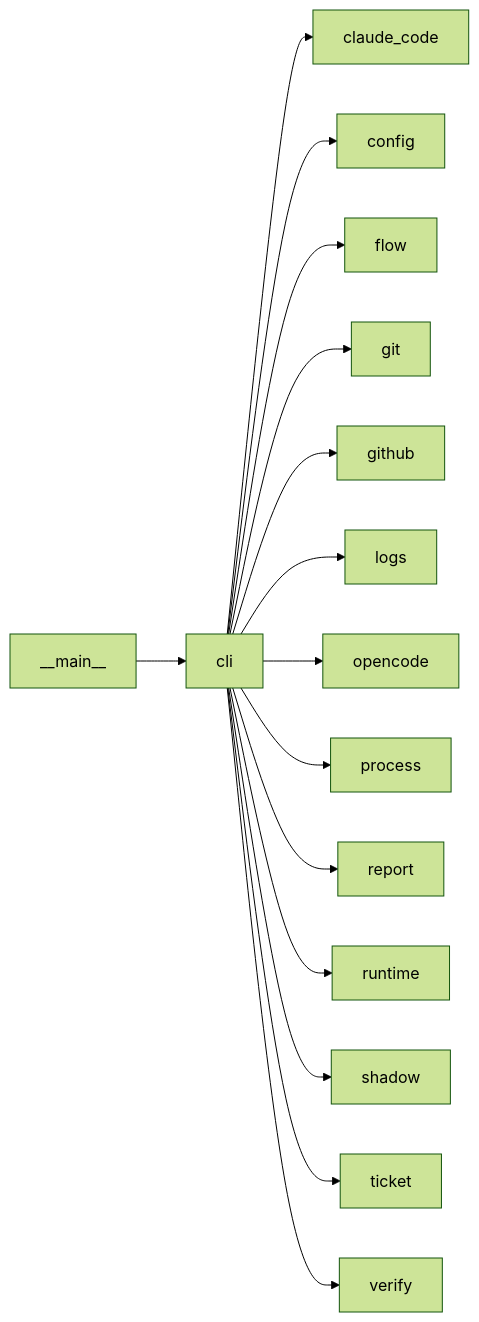
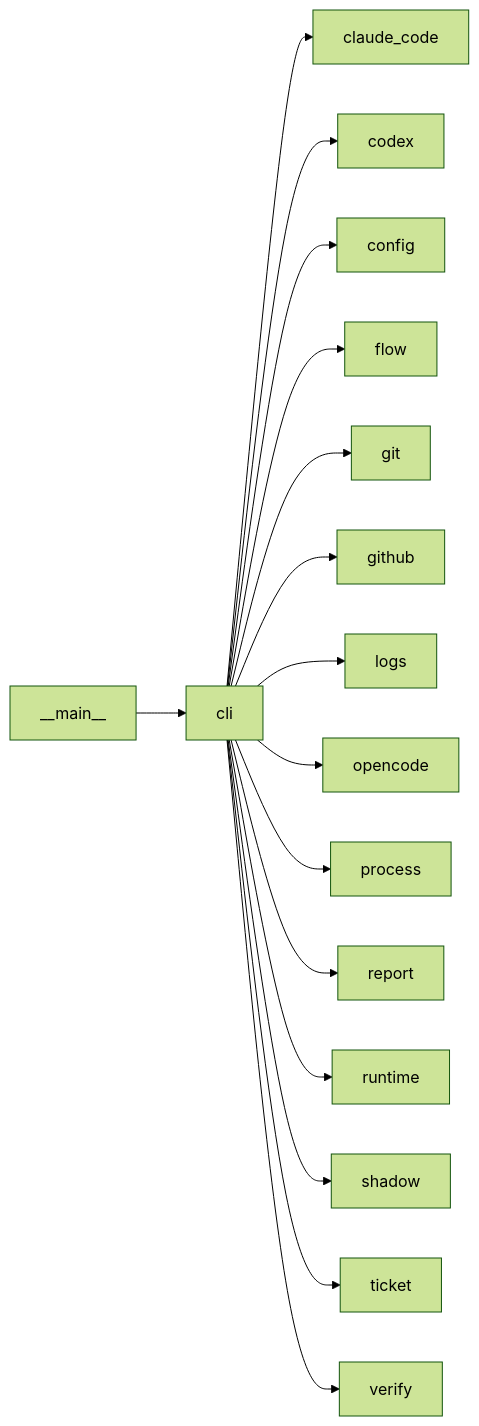
Before and after one commit to plaplanche/ariane: the third of 3 diagrams in docs/architecture/modules/cli.md, drawn with Mermaid (forest theme). The commit also changed 30 other files, not shown here.

````diff
--- a/docs/architecture/modules/cli.md
+++ b/docs/architecture/modules/cli.md
@@ -83,17 +83,18 @@
 ```mermaid
 flowchart LR
   __main__ --> cli
   cli --> claude_code
+  cli --> codex
   cli --> config
   cli --> flow
   cli --> git
   cli --> github
   cli --> logs
   cli --> opencode
   cli --> process
   cli --> report
   cli --> runtime
   cli --> shadow
   cli --> ticket
   cli --> verify
 ```
````
